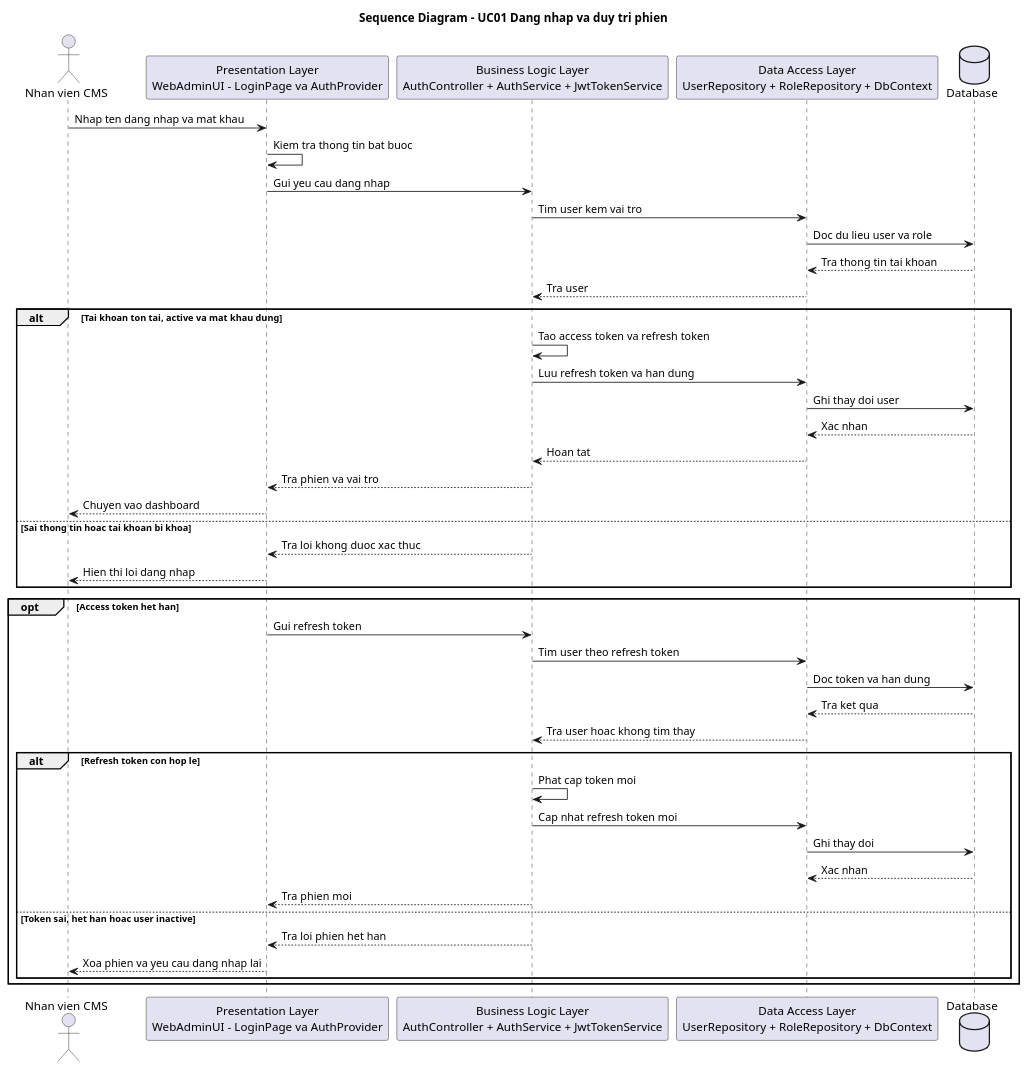
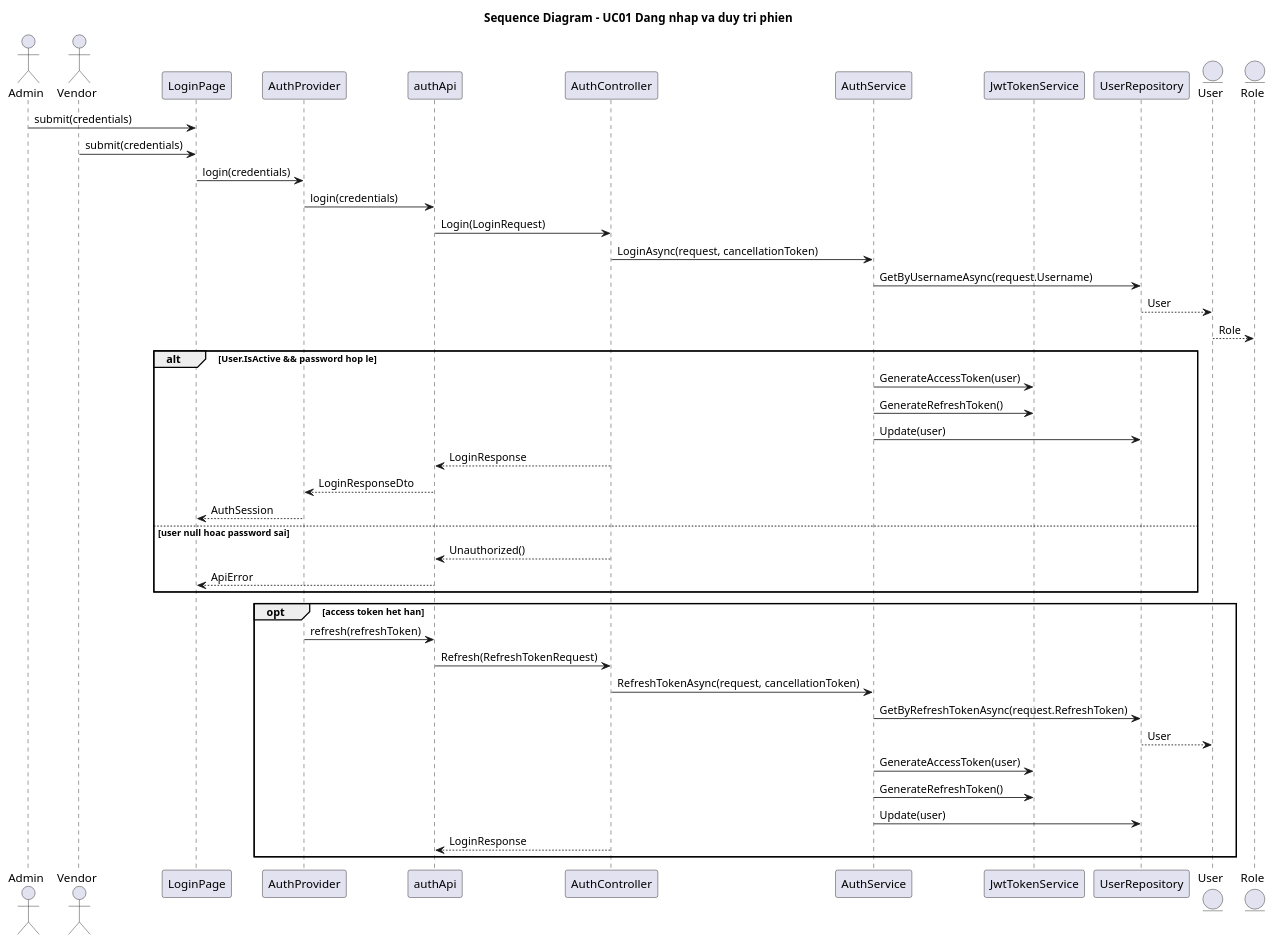
Before and after one commit to HPhuc122/VinhHy.AudioTour: the diagram in docs/plantuml/sequence/UC01_dang_nhap_va_duy_tri_phien_sequence.puml, drawn with PlantUML. The commit also changed 47 other files, not shown here.

```diff
--- a/docs/plantuml/sequence/UC01_dang_nhap_va_duy_tri_phien_sequence.puml
+++ b/docs/plantuml/sequence/UC01_dang_nhap_va_duy_tri_phien_sequence.puml
@@ -1,47 +1,48 @@
 @startuml
 title Sequence Diagram - UC01 Dang nhap va duy tri phien
 
-actor "Nhan vien CMS" as Actor
-participant "Presentation Layer\nWebAdminUI - LoginPage va AuthProvider" as UI
-participant "Business Logic Layer\nAuthController + AuthService + JwtTokenService" as Business
-participant "Data Access Layer\nUserRepository + RoleRepository + DbContext" as DataAccess
-database "Database" as Database
+actor "Admin" as Admin
+actor "Vendor" as Vendor
+participant "LoginPage" as LoginPage
+participant "AuthProvider" as AuthProvider
+participant "authApi" as AuthApi
+participant "AuthController" as AuthController
+participant "AuthService" as AuthService
+participant "JwtTokenService" as JwtTokenService
+participant "UserRepository" as UserRepository
+entity "User" as User
+entity "Role" as Role
 
-Actor -> UI: Nhap ten dang nhap va mat khau
-UI -> UI: Kiem tra thong tin bat buoc
-UI -> Business: Gui yeu cau dang nhap
-Business -> DataAccess: Tim user kem vai tro
-DataAccess -> Database: Doc du lieu user va role
-Database --> DataAccess: Tra thong tin tai khoan
-DataAccess --> Business: Tra user
-alt Tai khoan ton tai, active va mat khau dung
-  Business -> Business: Tao access token va refresh token
-  Business -> DataAccess: Luu refresh token va han dung
-  DataAccess -> Database: Ghi thay doi user
-  Database --> DataAccess: Xac nhan
-  DataAccess --> Business: Hoan tat
-  Business --> UI: Tra phien va vai tro
-  UI --> Actor: Chuyen vao dashboard
-else Sai thong tin hoac tai khoan bi khoa
-  Business --> UI: Tra loi khong duoc xac thuc
-  UI --> Actor: Hien thi loi dang nhap
+Admin -> LoginPage: submit(credentials)
+Vendor -> LoginPage: submit(credentials)
+LoginPage -> AuthProvider: login(credentials)
+AuthProvider -> AuthApi: login(credentials)
+AuthApi -> AuthController: Login(LoginRequest)
+AuthController -> AuthService: LoginAsync(request, cancellationToken)
+AuthService -> UserRepository: GetByUsernameAsync(request.Username)
+UserRepository --> User: User
+User --> Role: Role
+alt User.IsActive && password hop le
+  AuthService -> JwtTokenService: GenerateAccessToken(user)
+  AuthService -> JwtTokenService: GenerateRefreshToken()
+  AuthService -> UserRepository: Update(user)
+  AuthController --> AuthApi: LoginResponse
+  AuthApi --> AuthProvider: LoginResponseDto
+  AuthProvider --> LoginPage: AuthSession
+else user null hoac password sai
+  AuthController --> AuthApi: Unauthorized()
+  AuthApi --> LoginPage: ApiError
 end
 
-opt Access token het han
-  UI -> Business: Gui refresh token
-  Business -> DataAccess: Tim user theo refresh token
-  DataAccess -> Database: Doc token va han dung
-  Database --> DataAccess: Tra ket qua
-  DataAccess --> Business: Tra user hoac khong tim thay
-  alt Refresh token con hop le
-    Business -> Business: Phat cap token moi
-    Business -> DataAccess: Cap nhat refresh token moi
-    DataAccess -> Database: Ghi thay doi
-    Database --> DataAccess: Xac nhan
-    Business --> UI: Tra phien moi
-  else Token sai, het han hoac user inactive
-    Business --> UI: Tra loi phien het han
-    UI --> Actor: Xoa phien va yeu cau dang nhap lai
-  end
+opt access token het han
+  AuthProvider -> AuthApi: refresh(refreshToken)
+  AuthApi -> AuthController: Refresh(RefreshTokenRequest)
+  AuthController -> AuthService: RefreshTokenAsync(request, cancellationToken)
+  AuthService -> UserRepository: GetByRefreshTokenAsync(request.RefreshToken)
+  UserRepository --> User: User
+  AuthService -> JwtTokenService: GenerateAccessToken(user)
+  AuthService -> JwtTokenService: GenerateRefreshToken()
+  AuthService -> UserRepository: Update(user)
+  AuthController --> AuthApi: LoginResponse
 end
 @enduml
```
